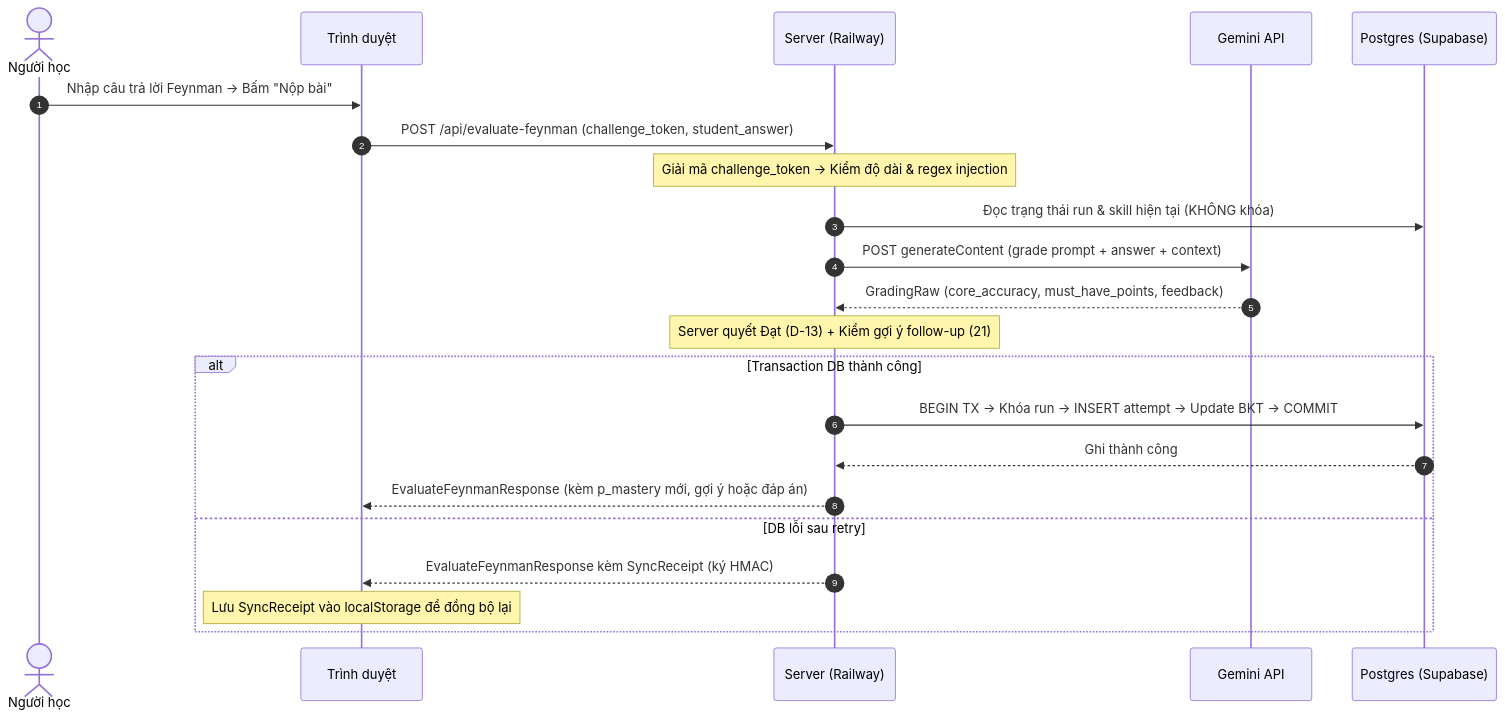
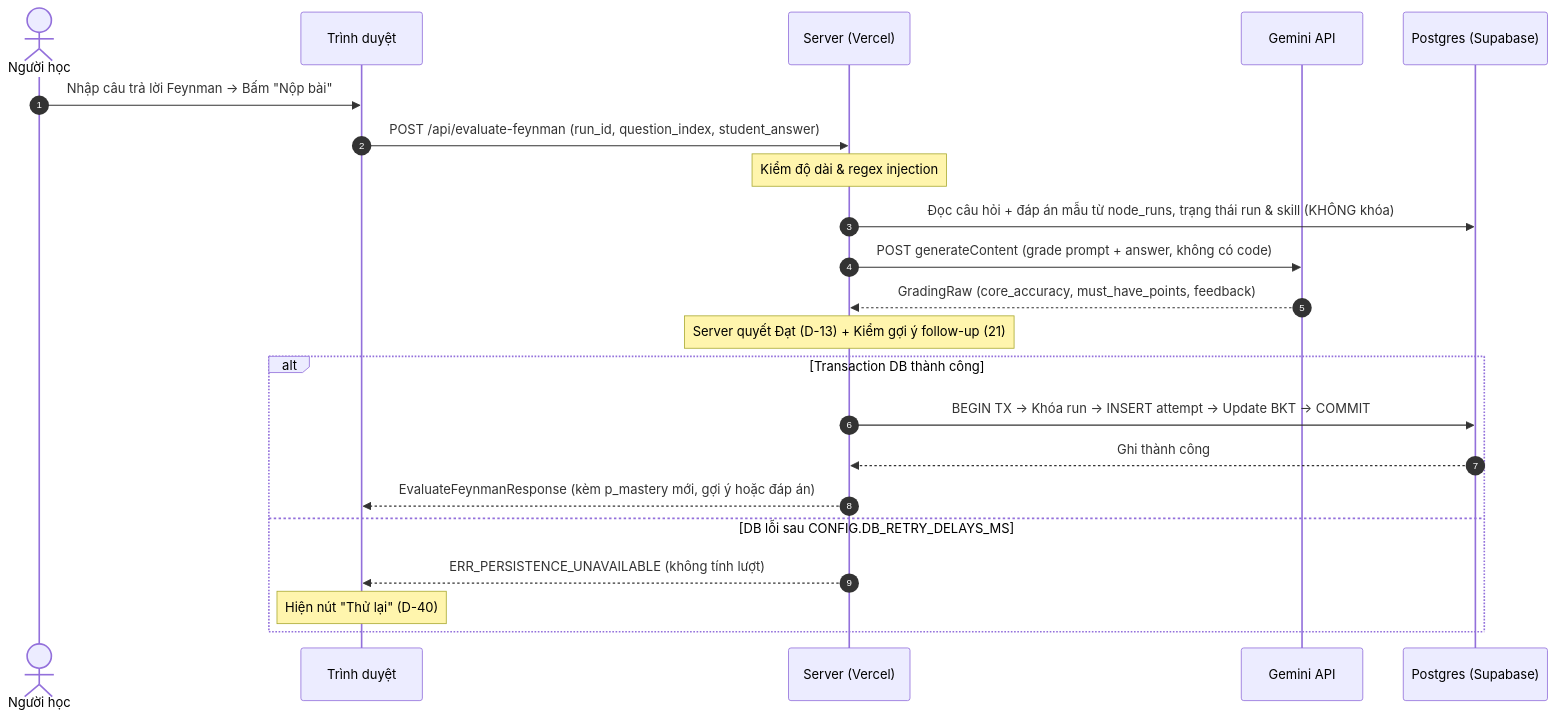
One commit to huynhthanhnhannnh-pixel/Hackathon_SGU changed the sixth of 6 diagrams in spec/04_KIEN_TRUC_TRIEN_KHAI.md. Above: the diagram before and after it, drawn with Mermaid. The commit also changed other lines of this file and 10 other files, not shown here.

````diff
--- a/spec/04_KIEN_TRUC_TRIEN_KHAI.md
+++ b/spec/04_KIEN_TRUC_TRIEN_KHAI.md
@@ -190,25 +195,25 @@
 ```mermaid
 sequenceDiagram
     autonumber
     actor U as Người học
     participant FE as Trình duyệt
-    participant BE as Server (Railway)
+    participant BE as Server (Vercel)
     participant AI as Gemini API
     participant DB as Postgres (Supabase)
 
     U->>FE: Nhập câu trả lời Feynman -> Bấm "Nộp bài"
-    FE->>BE: POST /api/evaluate-feynman (challenge_token, student_answer)
-    Note over BE: Giải mã challenge_token -> Kiểm độ dài & regex injection
-    BE->>DB: Đọc trạng thái run & skill hiện tại (KHÔNG khóa)
-    BE->>AI: POST generateContent (grade prompt + answer + context)
+    FE->>BE: POST /api/evaluate-feynman (run_id, question_index, student_answer)
+    Note over BE: Kiểm độ dài & regex injection
+    BE->>DB: Đọc câu hỏi + đáp án mẫu từ node_runs, trạng thái run & skill (KHÔNG khóa)
+    BE->>AI: POST generateContent (grade prompt + answer, không có code)
     AI-->>BE: GradingRaw (core_accuracy, must_have_points, feedback)
     Note over BE: Server quyết Đạt (D-13) + Kiểm gợi ý follow-up (21)
     alt Transaction DB thành công
         BE->>DB: BEGIN TX -> Khóa run -> INSERT attempt -> Update BKT -> COMMIT
         DB-->>BE: Ghi thành công
         BE-->>FE: EvaluateFeynmanResponse (kèm p_mastery mới, gợi ý hoặc đáp án)
-    else DB lỗi sau retry
-        BE-->>FE: EvaluateFeynmanResponse kèm SyncReceipt (ký HMAC)
-        Note over FE: Lưu SyncReceipt vào localStorage để đồng bộ lại
+    else DB lỗi sau CONFIG.DB_RETRY_DELAYS_MS
+        BE-->>FE: ERR_PERSISTENCE_UNAVAILABLE (không tính lượt)
+        Note over FE: Hiện nút "Thử lại" (D-40)
     end
 ```
````
